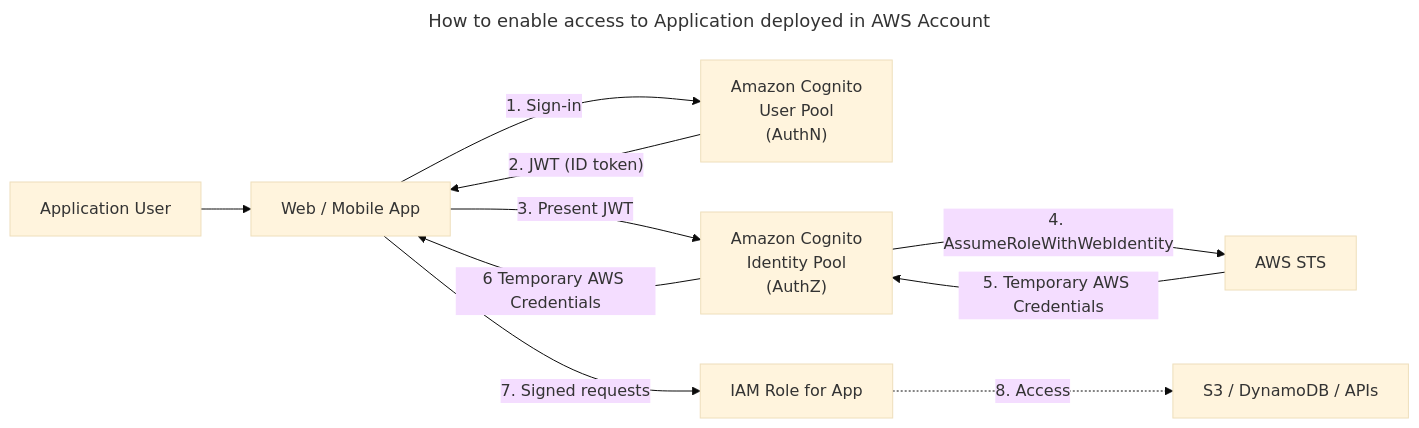
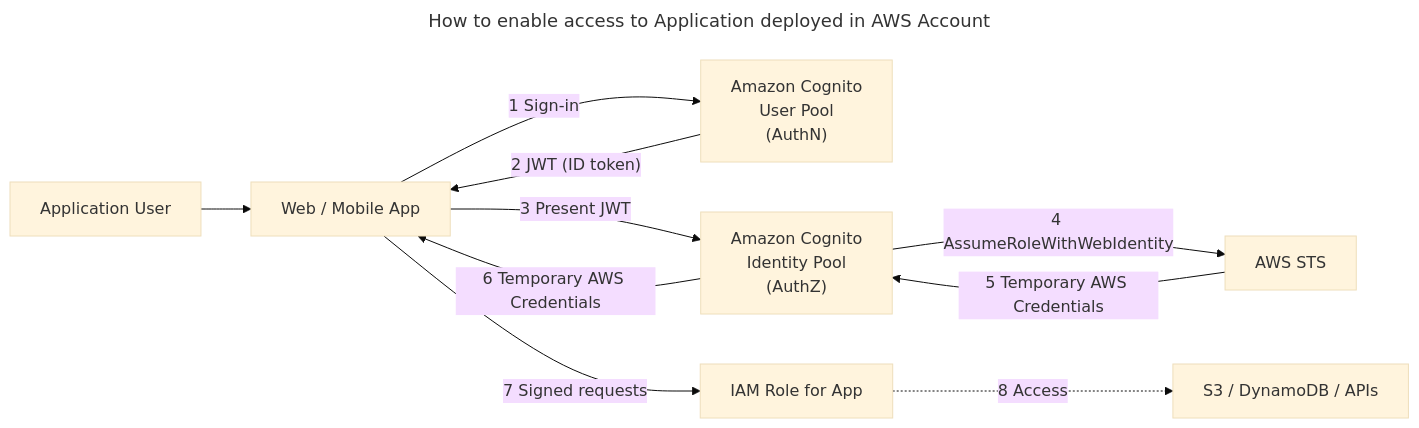
Before and after one commit to senthilkumarm1901/learn_by_blogging: the sixth of 6 diagrams in aws_cloud_technical_essentials_book/02-security.qmd, drawn with Mermaid (base theme). The commit also changed 1 other file, not shown here.

Commit message:
updated mermaid diagrams

````diff
--- a/aws_cloud_technical_essentials_book/02-security.qmd
+++ b/aws_cloud_technical_essentials_book/02-security.qmd
@@ -383,31 +383,30 @@
 ```{mermaid}
 ---
 title: How to enable access to Application deployed in AWS Account
 ---
 
 flowchart LR
     AppUser[Application User]
     App["Web / Mobile App"]
 
     UserPool["Amazon Cognito<br>User Pool<br>(AuthN)"]
     IdentityPool["Amazon Cognito<br>Identity Pool<br>(AuthZ)"]
 
     AppRole[IAM Role for App]
     STS[AWS STS]
     S3["S3 / DynamoDB / APIs"]
 
 
     AppUser --> App
 
-    App -->|"1. Sign-in"| UserPool
-    UserPool -->|"2. JWT (ID token)"| App
+    App -->|"1 Sign-in"| UserPool
+    UserPool -->|"2 JWT (ID token)"| App
 
-    App -->|"3. Present JWT"| IdentityPool
-    IdentityPool -->|"4. AssumeRoleWithWebIdentity"| STS
-    STS -->|"5. Temporary AWS Credentials"| IdentityPool
+    App -->|"3 Present JWT"| IdentityPool
+    IdentityPool -->|"4 AssumeRoleWithWebIdentity"| STS
+    STS -->|"5 Temporary AWS Credentials"| IdentityPool
     IdentityPool -->|"6 Temporary AWS Credentials"| App
 
-    App -->|"7. Signed requests"| AppRole
-    AppRole -.->|"8. Access"| S3
-
+    App -->|"7 Signed requests"| AppRole
+    AppRole -.->|"8 Access"| S3
 ```
````
